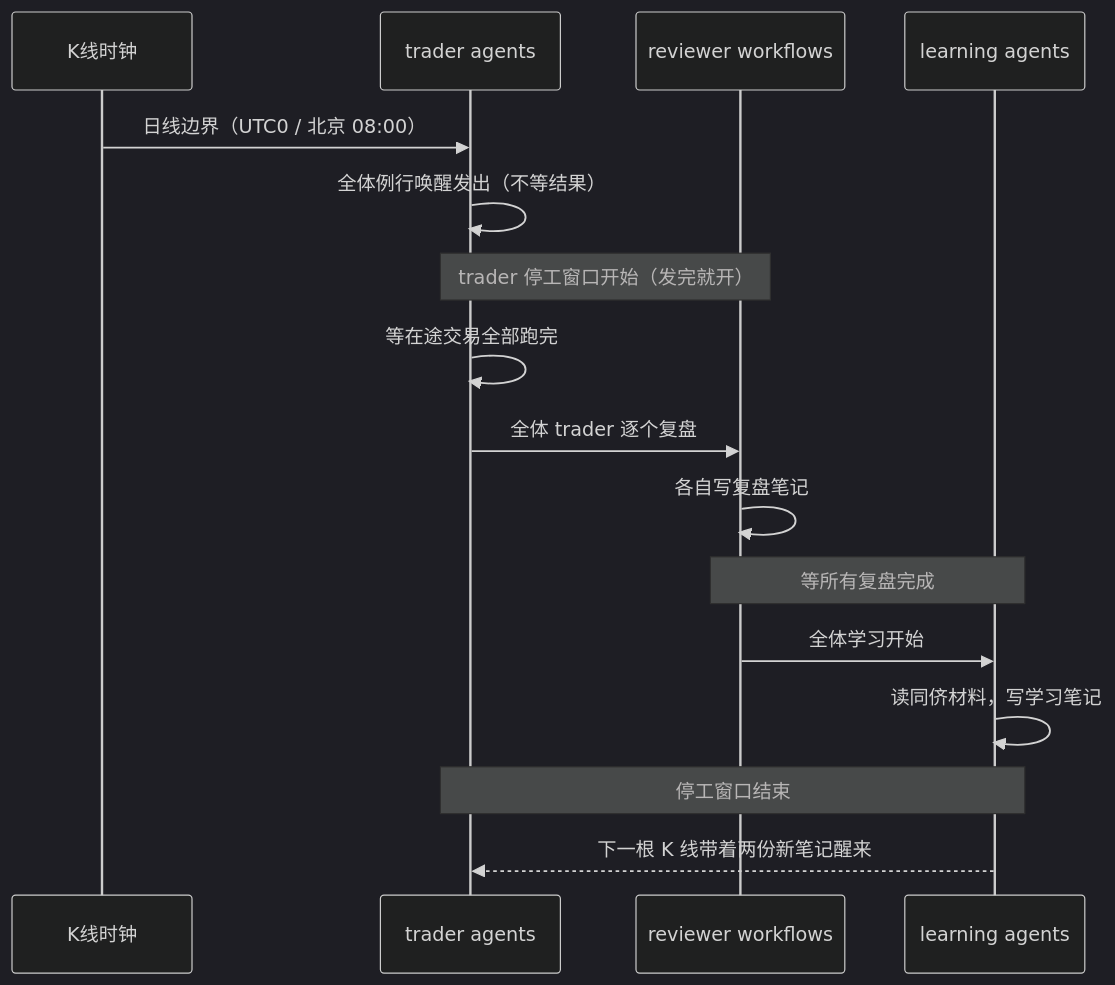
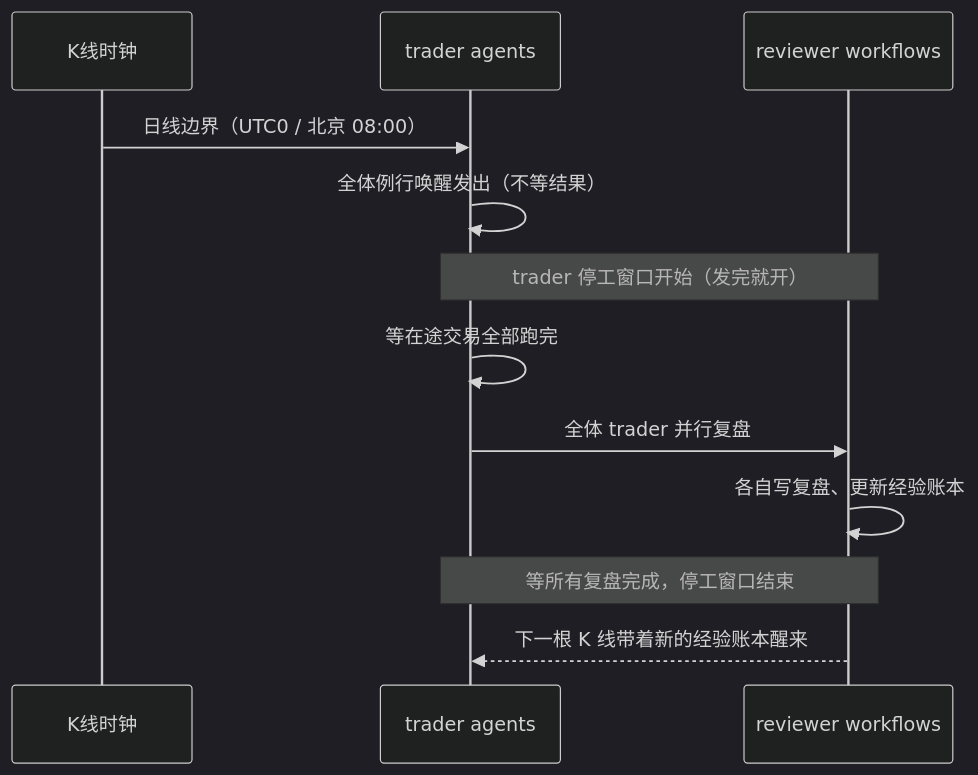
One commit to Smith-106/wtfibought changed the fifth of 5 diagrams in docs/agent-harness/architecture.md. Above: the diagram before and after it, drawn with Mermaid (dark theme). The commit also changed other lines of this file and 69 other files, not shown here.

````diff
--- a/docs/agent-harness/architecture.md
+++ b/docs/agent-harness/architecture.md
@@ -197,18 +169,14 @@
 ```mermaid
 sequenceDiagram
     participant K as K线时钟
     participant T as trader agents
     participant R as reviewer workflows
-    participant L as learning agents
     K->>T: 日线边界（UTC0 / 北京 08:00）
     T->>T: 全体例行唤醒发出（不等结果）
     Note over T,R: trader 停工窗口开始（发完就开）
     T->>T: 等在途交易全部跑完
-    T->>R: 全体 trader 逐个复盘
-    R->>R: 各自写复盘笔记
-    Note over R,L: 等所有复盘完成
-    R->>L: 全体学习开始
-    L->>L: 读同侪材料，写学习笔记
-    Note over T,L: 停工窗口结束
-    L-->>T: 下一根 K 线带着两份新笔记醒来
+    T->>R: 全体 trader 并行复盘
+    R->>R: 各自写复盘、更新经验账本
+    Note over T,R: 等所有复盘完成，停工窗口结束
+    R-->>T: 下一根 K 线带着新的经验账本醒来
 ```
````
